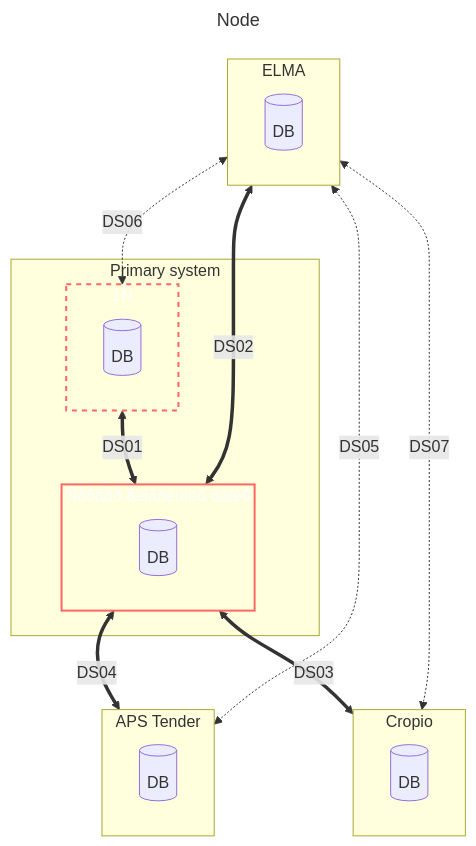
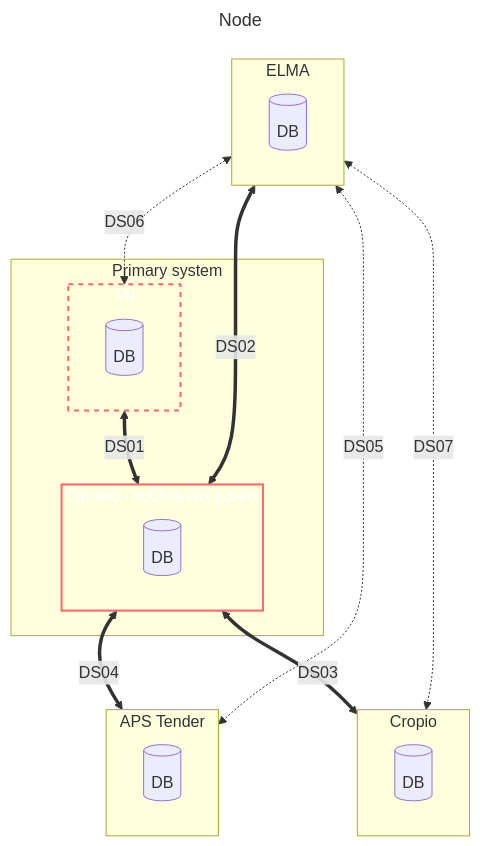
One commit to Zorin-Mykhailo/Kusto changed the diagram in README.md. Above: the diagram before and after it, drawn with Mermaid.

````diff
--- a/README.md
+++ b/README.md
@@ -1,40 +1,40 @@
 ```mermaid
 ---
 title: Node
 ---
 flowchart TD
     subgraph PS ["Primary system"]
         subgraph OneS ["1Ñ"]
         OneS_DB[(DB)]
         end
 
-        subgraph GDS["Ñåðâåð ãëîáàëüíèõ äàíèõ"]
+        subgraph GDS["Сервер глобальних даних"]
         KGDS_DB[(DB)]
         end
     end
     
     
     subgraph Elma ["ELMA"]
     Elma_DB[(DB)]
     end
 
     subgraph Cropio ["Cropio"]
     Cropio_DB[(DB)]
     end
 
     subgraph Aps ["APS Tender"]
     Aps_DB[(DB)]
     end
     
     
     OneS <==>|DS01| GDS
     GDS <==>|DS02| Elma
     GDS <==>|DS03| Cropio
     GDS <==>|DS04| Aps
     Elma <-.->|DS05| Aps
     Elma <-.->|DS06| OneS
     Elma <-.->|DS07| Cropio
     
     style GDS stroke:#f66,stroke-width:2px,color:#fff
     style OneS stroke:#f66,stroke-width:2px,color:#fff,stroke-dasharray: 5 5
 ```
````
